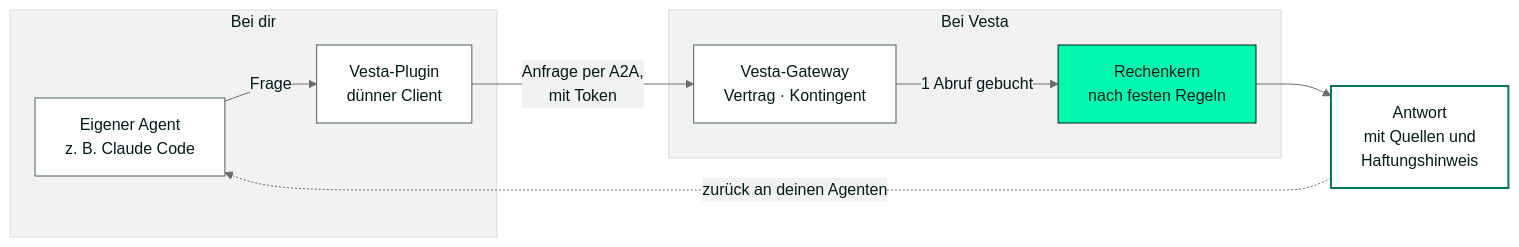
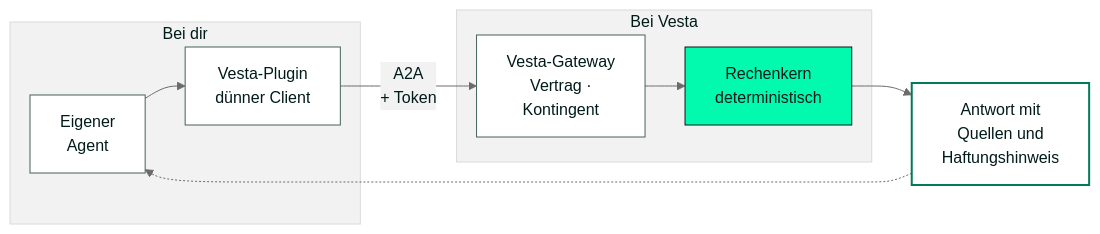
Before and after one commit to vesta-consult/marketplace: the diagram in README.md, drawn with Mermaid.

Commit message:
docs: Ablaufdiagramm kompakter, passt in die GitHub-Breite

````diff
--- a/README.md
+++ b/README.md
@@ -145,24 +145,24 @@
 ```mermaid
-%%{init: {"theme": "base", "themeVariables": {"fontFamily": "Inter, system-ui, -apple-system, Segoe UI, Roboto, Arial, sans-serif", "primaryColor": "#FFFFFF", "primaryTextColor": "#001B19", "primaryBorderColor": "#456457", "lineColor": "#6B6B6B", "clusterBkg": "#F2F2F2", "clusterBorder": "#DADADA", "titleColor": "#001B19", "edgeLabelBackground": "#F2F2F2"}}}%%
+%%{init: {"theme": "base", "flowchart": {"rankSpacing": 40, "nodeSpacing": 30}, "themeVariables": {"fontFamily": "Inter, system-ui, -apple-system, Segoe UI, Roboto, Arial, sans-serif", "primaryColor": "#FFFFFF", "primaryTextColor": "#001B19", "primaryBorderColor": "#456457", "lineColor": "#6B6B6B", "clusterBkg": "#F2F2F2", "clusterBorder": "#DADADA", "titleColor": "#001B19", "edgeLabelBackground": "#F2F2F2"}}}%%
 flowchart LR
     subgraph DU["Bei dir"]
-        A["Eigener Agent<br/>z. B. Claude Code"]
+        A["Eigener<br/>Agent"]
         P["Vesta-Plugin<br/>dünner Client"]
     end
     subgraph VESTA["Bei Vesta"]
-        G["Vesta-Gateway<br/>Vertrag · Kontingent"]
-        K["Rechenkern<br/>nach festen Regeln"]
+        G["Vesta-Gateway<br/>Vertrag ·<br/>Kontingent"]
+        K["Rechenkern<br/>deterministisch"]
     end
-    R["Antwort<br/>mit Quellen und<br/>Haftungshinweis"]
+    R["Antwort mit<br/>Quellen und<br/>Haftungshinweis"]
 
-    A -->|Frage| P
-    P -->|"Anfrage per A2A,<br/>mit Token"| G
-    G -->|"1 Abruf gebucht"| K
+    A --> P
+    P -->|"A2A<br/>+ Token"| G
+    G --> K
     K --> R
-    R -.->|zurück an deinen Agenten| A
+    R -.-> A
 
     classDef kern fill:#01FAAE,stroke:#001B19,color:#001B19
     classDef antwort fill:#FFFFFF,stroke:#007A5A,stroke-width:2px,color:#001B19
     class K kern
     class R antwort
 ```
````
